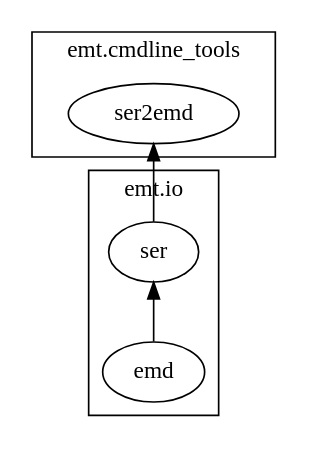
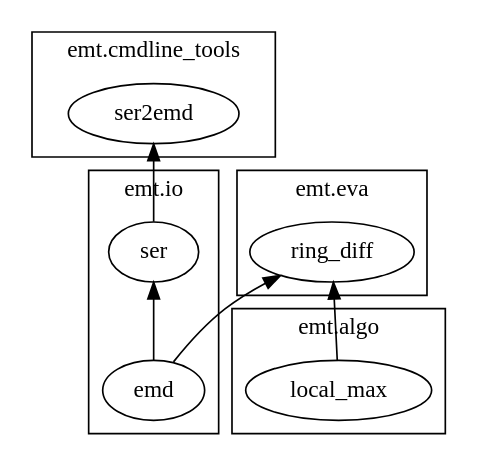
One commit to fniekiel/emt changed the diagram in docs/module_layout.dot. Above: the diagram before and after it, drawn with Graphviz. The commit also changed 4 other files, not shown here.

```diff
--- a/docs/module_layout.dot
+++ b/docs/module_layout.dot
@@ -1,22 +1,43 @@
 digraph modules {
     rankdir = BT;
     labelloc = "b";
 
     subgraph "cluster_emt.io"{
     label = "emt.io";
     
     "emt.io.emd" [label="emd"];
     
     "emt.io.ser" [label="ser"];
-    "emt.io.emd" -> "emt.io.ser";
+
+    
+    }
+    
+    subgraph "cluster_emt.algo"{
+    label = "emt.algo";
+    
+    "emt.algo.local_max" [label="local_max"];
+    
+    }
+    
+    subgraph "cluster_emt.eva"{
+    label = "emt.eva";
+    
+    "emt.eva.ring_diff" [label="ring_diff"];
+
     
     }
     
     subgraph "cluster_emt.cmdline_tools" {
     label = "emt.cmdline_tools";
     
     "emt.cmdline_tools.ser2emd" [label="ser2emd"];
-    "emt.io.ser" -> "emt.cmdline_tools.ser2emd";
+
     }
     
+    "emt.io.emd" -> "emt.io.ser";
+    
+    "emt.algo.local_max" -> "emt.eva.ring_diff";
+    "emt.io.emd" -> "emt.eva.ring_diff";
+    
+    "emt.io.ser" -> "emt.cmdline_tools.ser2emd";
 }
```
